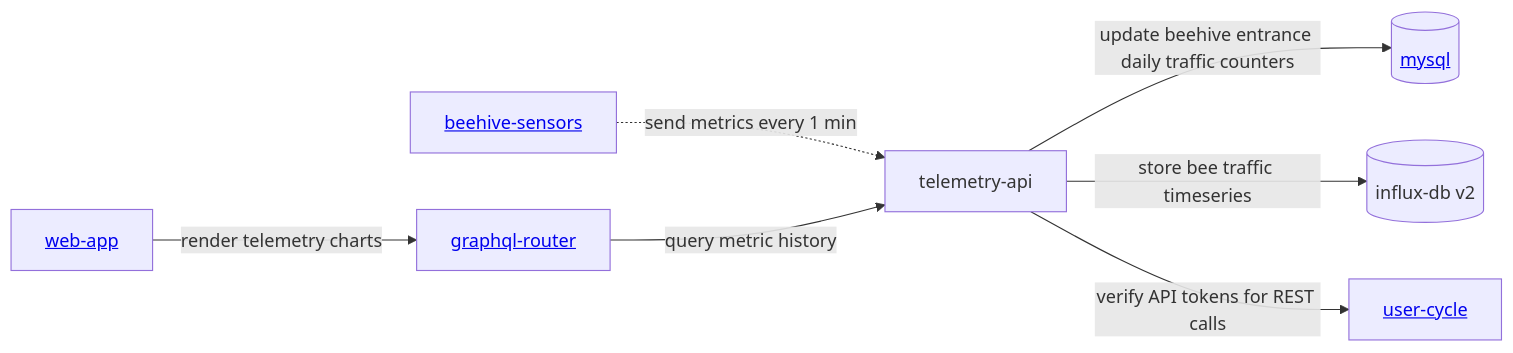
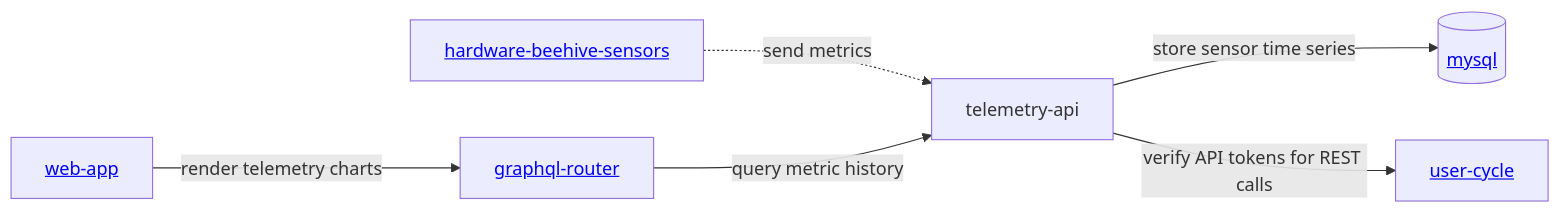
The second of 2 diagrams in content/ru/docs/beehive-sensors/beehive-sensors.md (Gratheon/website2), drawn with Mermaid before and after one commit. The commit also changed other lines of this file and 14 other files, not shown here.

Commit message:
Localize Russian beehive sensor phase docs

````diff
--- a/content/ru/docs/beehive-sensors/beehive-sensors.md
+++ b/content/ru/docs/beehive-sensors/beehive-sensors.md
@@ -17,14 +99,10 @@
 ```mermaid
 flowchart LR
-	beehive-sensors[<a href="https://github.com/Gratheon/beehive-sensors">beehive-sensors</a>] -."send metrics every 1 min".-> telemetry-api
+    beehive-sensors[<a href="https://github.com/Gratheon/hardware-beehive-sensors">hardware-beehive-sensors</a>] -."send metrics".-> telemetry-api
 
-	telemetry-api --"update beehive entrance daily traffic counters"--> mysql[(<a href="https://github.com/Gratheon/mysql">mysql</a>)]
-	
-	telemetry-api --"store bee traffic timeseries" --> influx[(influx-db v2)]
-	
+    telemetry-api --"store sensor time series" --> mysql[(<a href="https://github.com/Gratheon/mysql">mysql</a>)]
 
-	telemetry-api --"verify API tokens for REST calls"--> user-cycle[<a href="https://github.com/Gratheon/user-cycle">user-cycle</a>]
-	web-app[<a href="https://github.com/Gratheon/web-app">web-app</a>] --"render telemetry charts"--> graphql-router[<a href="https://github.com/Gratheon/graphql-router">graphql-router</a>]
-	graphql-router --"query metric history"--> telemetry-api
-
+    telemetry-api --"verify API tokens for REST calls"--> user-cycle[<a href="https://github.com/Gratheon/user-cycle">user-cycle</a>]
+    web-app[<a href="https://github.com/Gratheon/web-app">web-app</a>] --"render telemetry charts"--> graphql-router[<a href="https://github.com/Gratheon/graphql-router">graphql-router</a>]
+    graphql-router --"query metric history"--> telemetry-api
 ```
````
